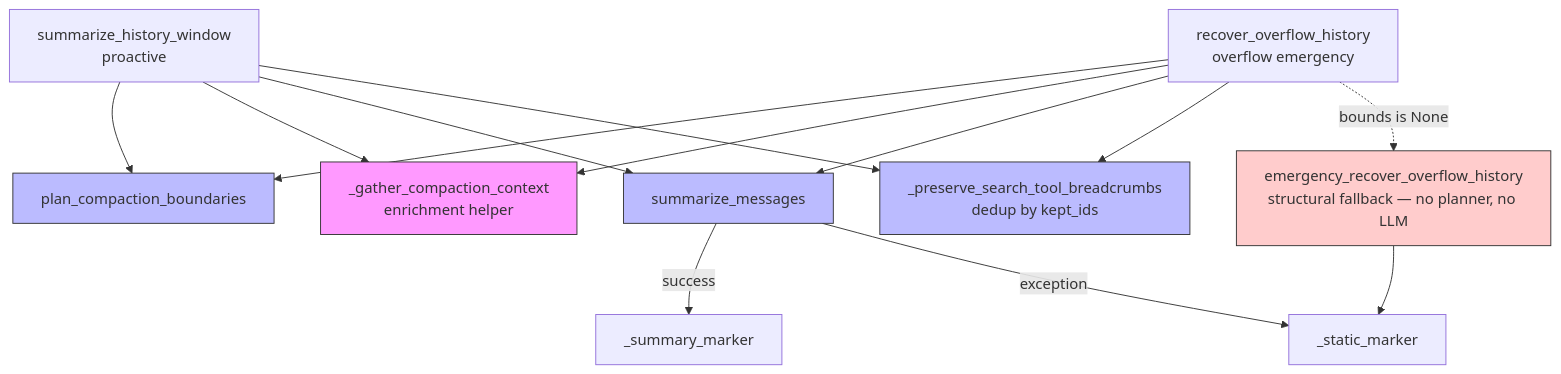
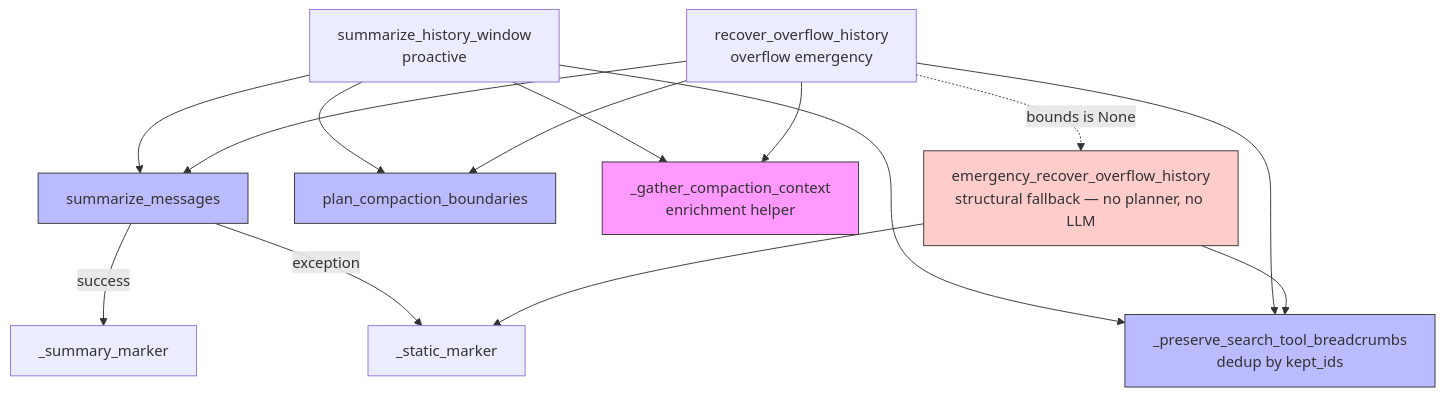
One commit to binlecode/co-cli changed the sixth of 7 diagrams in docs/specs/compaction.md. Above: the diagram before and after it, drawn with Mermaid. The commit also changed other lines of this file and 4 other files, not shown here.

````diff
--- a/docs/specs/compaction.md
+++ b/docs/specs/compaction.md
@@ -253,33 +253,34 @@
 ```mermaid
 flowchart TD
     L3[summarize_history_window<br/>proactive]
     L5[recover_overflow_history<br/>overflow emergency]
     L6[emergency_recover_overflow_history<br/>structural fallback — no planner, no LLM]
 
     P[plan_compaction_boundaries]
     E[_gather_compaction_context<br/>enrichment helper]
     S[summarize_messages]
     B[_preserve_search_tool_breadcrumbs<br/>dedup by kept_ids]
 
     MK_SUM[_summary_marker]
     MK_ST[_static_marker]
 
     L3 --> P
     L5 --> P
     L3 --> E
     L5 --> E
     L3 --> S
     L5 --> S
     S -->|success| MK_SUM
     S -->|exception| MK_ST
     L3 --> B
     L5 --> B
+    L6 --> B
     L5 -.bounds is None.-> L6
     L6 --> MK_ST
 
     style P fill:#bbf,stroke:#333
     style E fill:#f9f,stroke:#333
     style S fill:#bbf,stroke:#333
     style B fill:#bbf,stroke:#333
     style L6 fill:#fcc,stroke:#333
 ```
````
